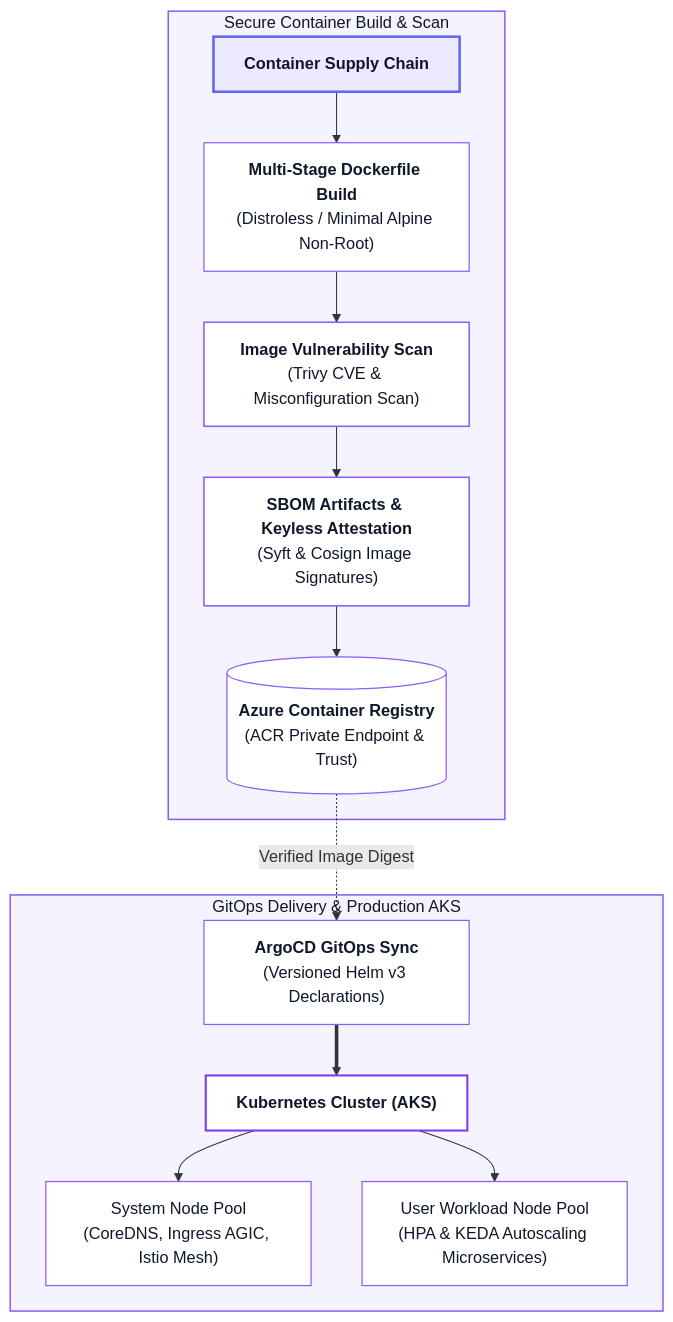
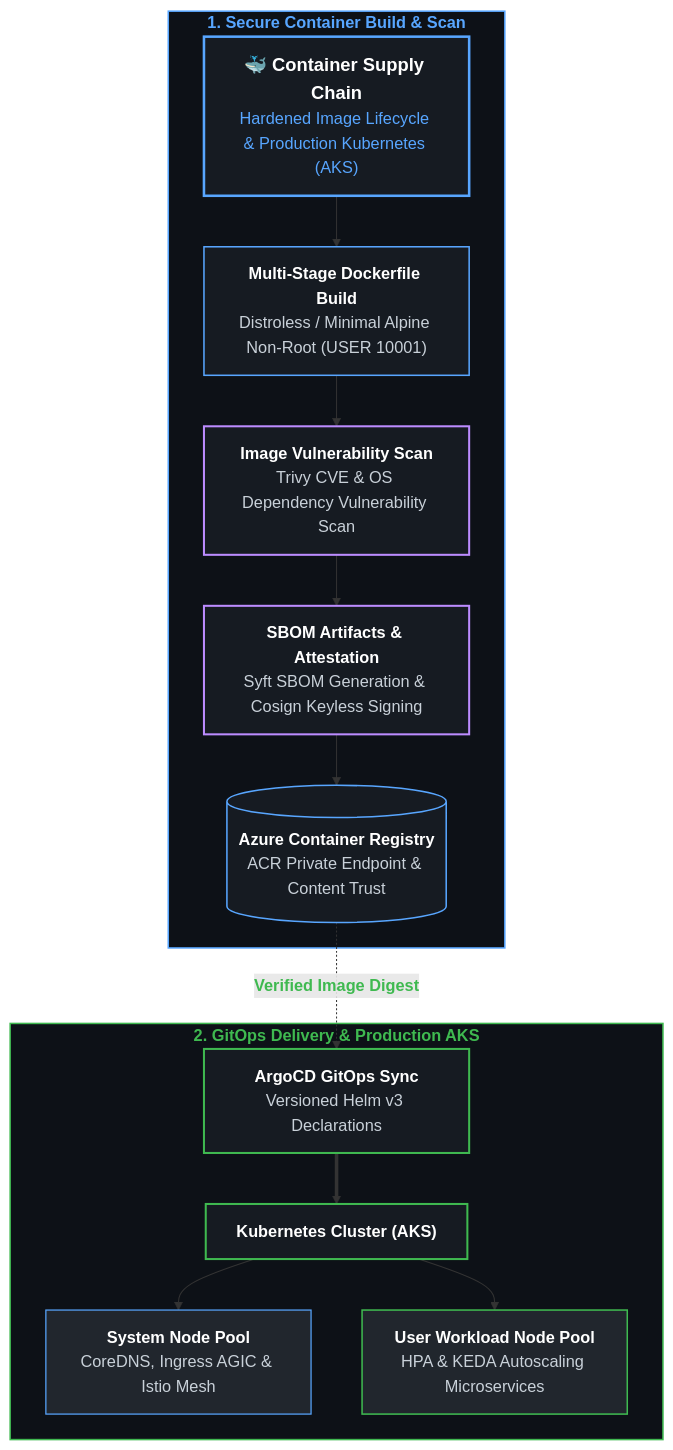
Before and after one commit to Ankitasingh-singh/Ankitasingh-singh: the ninth of 10 diagrams in README.md, drawn with Mermaid. The commit also changed other lines of this file, not shown here.

Commit message:
style: update mermaid diagram text and node styling for dark mode in README

````diff
--- a/README.md
+++ b/README.md
@@ -601,32 +601,32 @@
 ```mermaid
 flowchart TD
-    CSC["<b>Container Supply Chain</b>"]
+    CSC["<b><font color='#ffffff' size='+1'>🐳 Container Supply Chain</font></b><br/><font color='#58a6ff'>Hardened Image Lifecycle & Production Kubernetes (AKS)</font>"]
     
-    subgraph Hardening["Secure Container Build & Scan"]
-        CSC --> DockerBuild["<b>Multi-Stage Dockerfile Build</b><br/>(Distroless / Minimal Alpine Non-Root)"]
-        DockerBuild --> VulnScan["<b>Image Vulnerability Scan</b><br/>(Trivy CVE & Misconfiguration Scan)"]
-        VulnScan --> SBOM["<b>SBOM Artifacts & Keyless Attestation</b><br/>(Syft & Cosign Image Signatures)"]
-        SBOM --> ACR[("<b>Azure Container Registry</b><br/>(ACR Private Endpoint & Trust)")]
+    subgraph Hardening["<b><font color='#58a6ff'>1. Secure Container Build & Scan</font></b>"]
+        CSC --> DockerBuild["<b><font color='#ffffff'>Multi-Stage Dockerfile Build</font></b><br/><font color='#c9d1d9'>Distroless / Minimal Alpine Non-Root (USER 10001)</font>"]
+        DockerBuild --> VulnScan["<b><font color='#ffffff'>Image Vulnerability Scan</font></b><br/><font color='#c9d1d9'>Trivy CVE & OS Dependency Vulnerability Scan</font>"]
+        VulnScan --> SBOM["<b><font color='#ffffff'>SBOM Artifacts & Attestation</font></b><br/><font color='#c9d1d9'>Syft SBOM Generation & Cosign Keyless Signing</font>"]
+        SBOM --> ACR[("<b><font color='#ffffff'>Azure Container Registry</font></b><br/><font color='#c9d1d9'>ACR Private Endpoint & Content Trust</font>")]
     end
 
-    subgraph GitOpsK8s["GitOps Delivery & Production AKS"]
-        ACR -.->|"Verified Image Digest"| ArgoCD["<b>ArgoCD GitOps Sync</b><br/>(Versioned Helm v3 Declarations)"]
-        ArgoCD ==> Cluster["<b>Kubernetes Cluster (AKS)</b>"]
+    subgraph GitOpsK8s["<b><font color='#3fb950'>2. GitOps Delivery & Production AKS</font></b>"]
+        ACR -.->|"<font color='#3fb950'><b>Verified Image Digest</b></font>"| ArgoCD["<b><font color='#ffffff'>ArgoCD GitOps Sync</font></b><br/><font color='#c9d1d9'>Versioned Helm v3 Declarations</font>"]
+        ArgoCD ==> Cluster["<b><font color='#ffffff'>Kubernetes Cluster (AKS)</font></b>"]
         
-        Cluster --> SysPool["System Node Pool<br/>(CoreDNS, Ingress AGIC, Istio Mesh)"]
-        Cluster --> UsrPool["User Workload Node Pool<br/>(HPA & KEDA Autoscaling Microservices)"]
+        Cluster --> SysPool["<b><font color='#ffffff'>System Node Pool</font></b><br/><font color='#c9d1d9'>CoreDNS, Ingress AGIC & Istio Mesh</font>"]
+        Cluster --> UsrPool["<b><font color='#ffffff'>User Workload Node Pool</font></b><br/><font color='#c9d1d9'>HPA & KEDA Autoscaling Microservices</font>"]
     end
 
-    style CSC fill:#ede9fe,stroke:#6366f1,stroke-width:2.5px,color:#0f172a
-    style Hardening fill:#f5f3ff,stroke:#8b5cf6,stroke-width:1.5px,color:#0f172a
-    style GitOpsK8s fill:#f5f3ff,stroke:#8b5cf6,stroke-width:1.5px,color:#0f172a
+    style CSC fill:#161b22,stroke:#58a6ff,stroke-width:2.5px
+    style Hardening fill:#0d1117,stroke:#58a6ff,stroke-width:1.5px
+    style GitOpsK8s fill:#0d1117,stroke:#3fb950,stroke-width:1.5px
 
-    style DockerBuild fill:#ffffff,stroke:#8b5cf6,stroke-width:1.2px,color:#0f172a
-    style VulnScan fill:#ffffff,stroke:#8b5cf6,stroke-width:1.5px,color:#0f172a
-    style SBOM fill:#ffffff,stroke:#8b5cf6,stroke-width:1.5px,color:#0f172a
-    style ACR fill:#ffffff,stroke:#8b5cf6,stroke-width:1.2px,color:#0f172a
-    style ArgoCD fill:#ffffff,stroke:#8b5cf6,stroke-width:1.2px,color:#0f172a
-    style Cluster fill:#ffffff,stroke:#7c3aed,stroke-width:2px,color:#0f172a
-    style SysPool fill:#ffffff,stroke:#8b5cf6,stroke-width:1.2px,color:#0f172a
-    style UsrPool fill:#ffffff,stroke:#8b5cf6,stroke-width:1.2px,color:#0f172a
+    style DockerBuild fill:#161b22,stroke:#58a6ff,stroke-width:1.5px
+    style VulnScan fill:#161b22,stroke:#bc8cff,stroke-width:2px
+    style SBOM fill:#161b22,stroke:#bc8cff,stroke-width:2px
+    style ACR fill:#161b22,stroke:#58a6ff,stroke-width:1.5px
+    style ArgoCD fill:#161b22,stroke:#3fb950,stroke-width:2px
+    style Cluster fill:#161b22,stroke:#3fb950,stroke-width:2px
+    style SysPool fill:#21262d,stroke:#58a6ff,stroke-width:1.2px
+    style UsrPool fill:#21262d,stroke:#3fb950,stroke-width:1.5px
 ```
````
